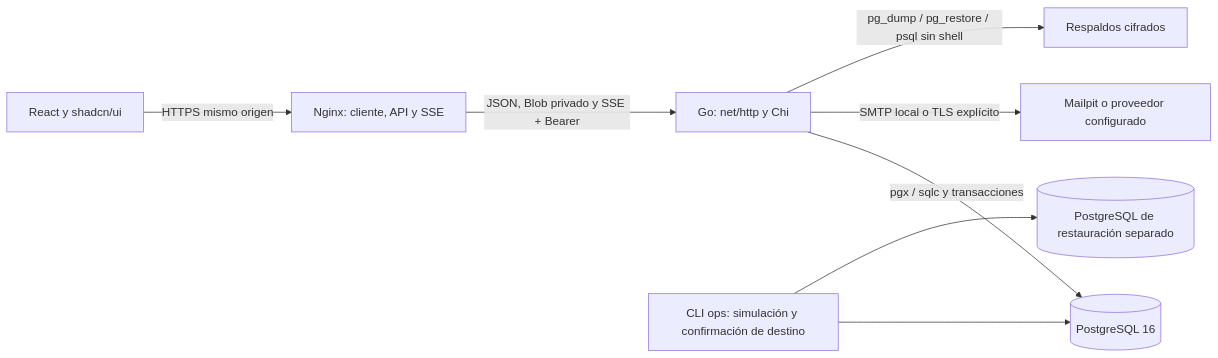
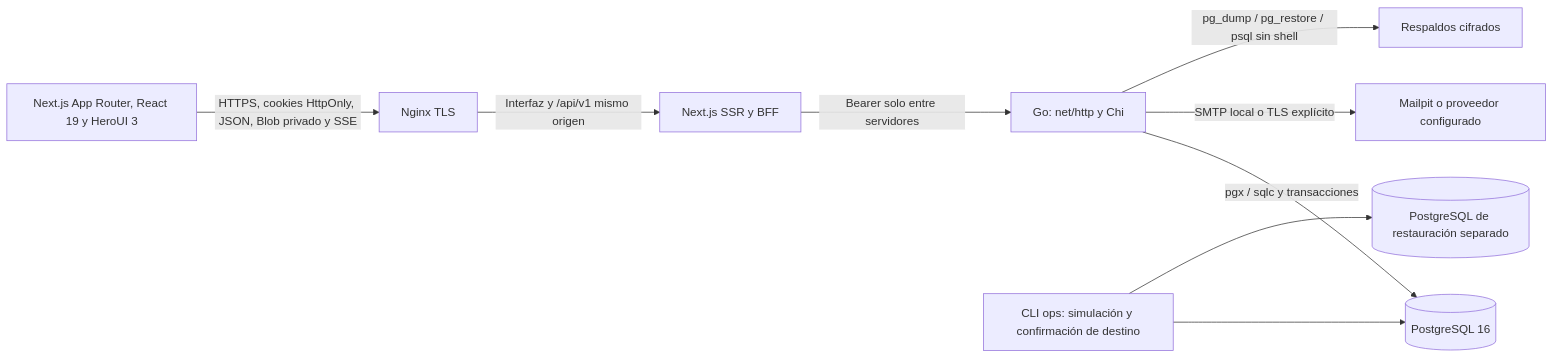
Before and after one commit to Suggus1899/Visitors: the diagram in docs/ARCHITECTURE.md, drawn with Mermaid. The commit also changed other lines of this file and 88 other files, not shown here.

Commit message:
feat(frontend): migrate to Next.js and HeroUI

````diff
--- a/docs/ARCHITECTURE.md
+++ b/docs/ARCHITECTURE.md
@@ -5,10 +5,11 @@
 ```mermaid
 flowchart LR
-  Browser[React y shadcn/ui] -->|HTTPS mismo origen| Proxy[Nginx: cliente, API y SSE]
-  Proxy -->|JSON, Blob privado y SSE + Bearer| API[Go: net/http y Chi]
+  Browser[Next.js App Router, React 19 y HeroUI 3] -->|HTTPS, cookies HttpOnly, JSON, Blob privado y SSE| Proxy[Nginx TLS]
+  Proxy -->|Interfaz y /api/v1 mismo origen| Next[Next.js SSR y BFF]
+  Next -->|Bearer solo entre servidores| API[Go: net/http y Chi]
   API -->|pgx / sqlc y transacciones| PG[(PostgreSQL 16)]
   API -->|SMTP local o TLS explícito| Mail[Mailpit o proveedor configurado]
   API -->|pg_dump / pg_restore / psql sin shell| Backup[Respaldos cifrados]
   CLI[CLI ops: simulación y confirmación de destino] --> PG
   CLI --> Stage[(PostgreSQL de restauración separado)]
 ```
````
